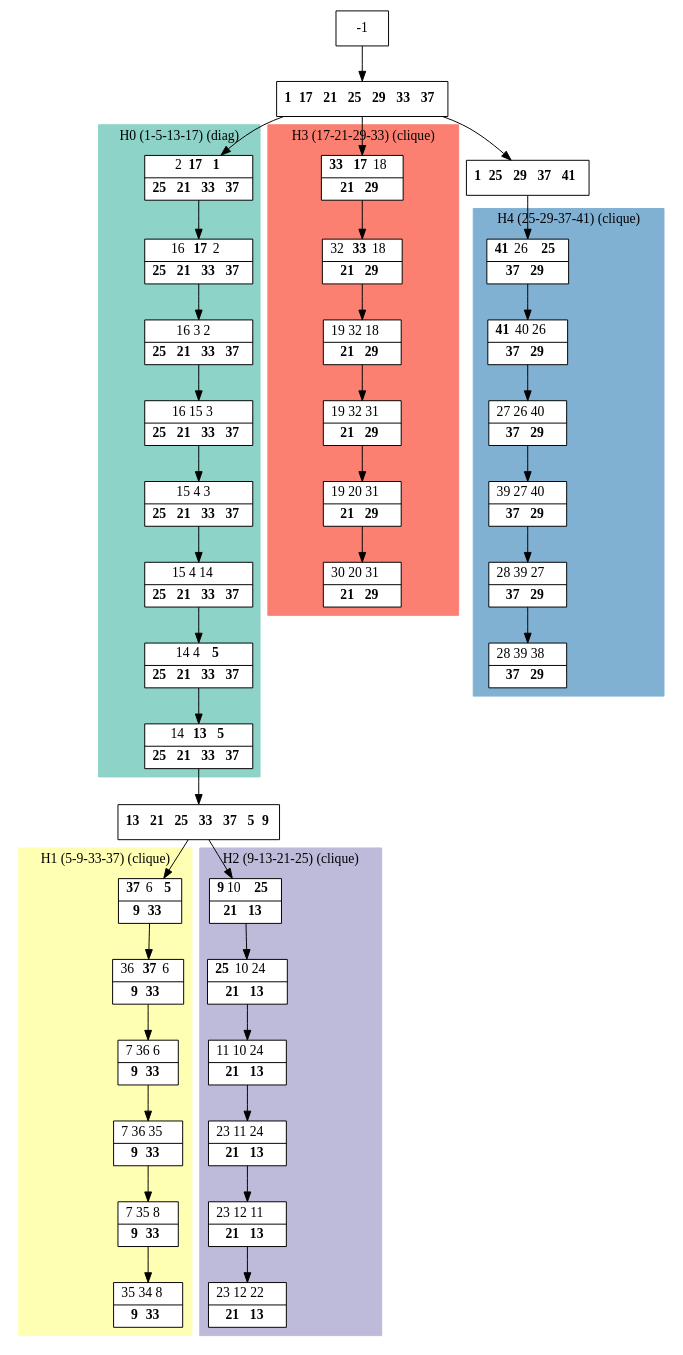
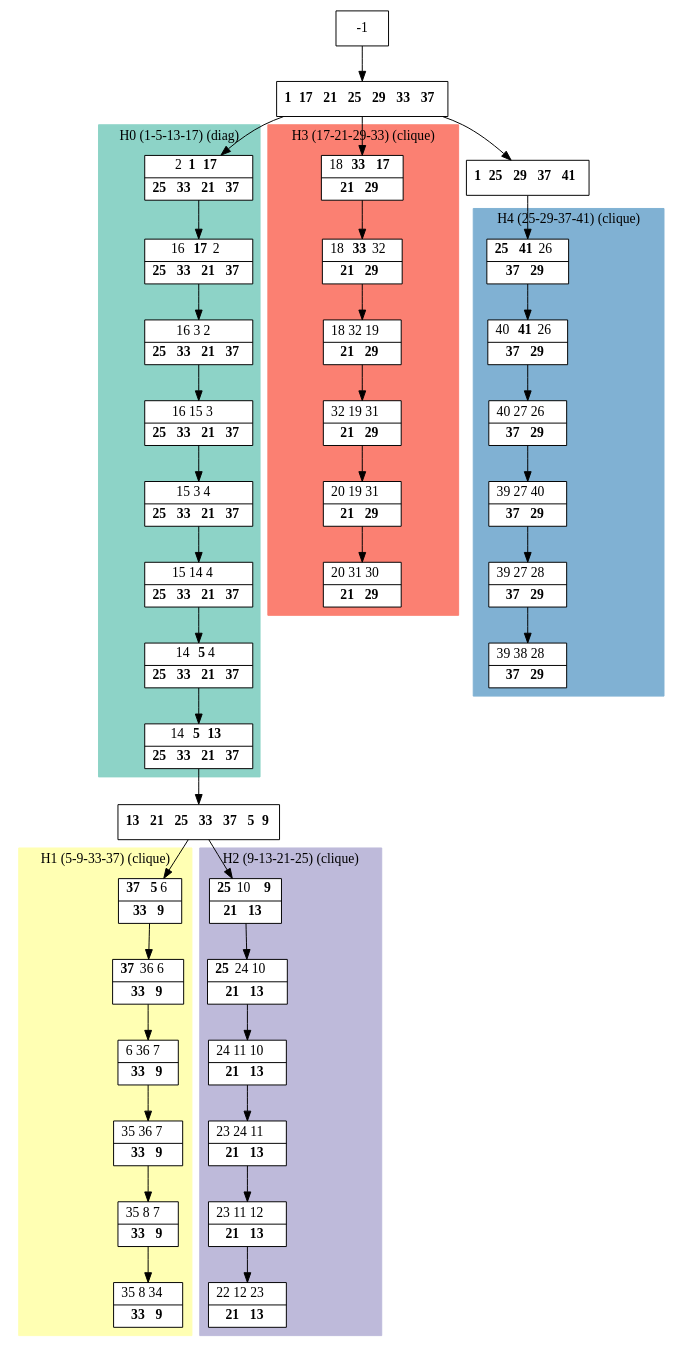
One commit to bmarchand/auto-dp changed the diagram in results/dot_files/processed_C5.dot. Above: the diagram before and after it, drawn with Graphviz. The commit also changed 112 other files, not shown here.

```diff
--- a/results/dot_files/processed_C5.dot
+++ b/results/dot_files/processed_C5.dot
@@ -1,86 +1,86 @@
 digraph G {
     node [shape=box];
     subgraph cluster0 {
         node [style=filled,fillcolor=white];
         labeljust="l";
         style=filled;
         color="#8DD3C7";
         H0_0 -> H0_1 -> H0_2 -> H0_3 -> H0_4 -> H0_5 -> H0_6 -> H0_7;
         label="H0 (1-5-13-17) (diag)";
     }
     subgraph cluster1 {
         node [style=filled,fillcolor=white];
         labeljust="l";
         style=filled;
         color="#FFFFB3";
         H1_0 -> H1_1 -> H1_2 -> H1_3 -> H1_4 -> H1_5;
         label="H1 (5-9-33-37) (clique)";
     }
     subgraph cluster2 {
         node [style=filled,fillcolor=white];
         labeljust="l";
         style=filled;
         color="#BEBADA";
         H2_0 -> H2_1 -> H2_2 -> H2_3 -> H2_4 -> H2_5;
         label="H2 (9-13-21-25) (clique)";
     }
     subgraph cluster3 {
         node [style=filled,fillcolor=white];
         labeljust="l";
         style=filled;
         color="#FB8072";
         H3_0 -> H3_1 -> H3_2 -> H3_3 -> H3_4 -> H3_5;
         label="H3 (17-21-29-33) (clique)";
     }
     subgraph cluster4 {
         node [style=filled,fillcolor=white];
         labeljust="l";
         style=filled;
         color="#80B1D3";
         H4_0 -> H4_1 -> H4_2 -> H4_3 -> H4_4 -> H4_5;
         label="H4 (25-29-37-41) (clique)";
     }
      1 [shape=record,label= <{ <b>1</b> <b>17</b> <b>21</b> <b>25</b> <b>29</b> <b>33</b> <b>37</b>}> ];
      -1  ->  1;
-     H0_0 [shape=record,label= <{ 2 <b>17</b> <b>1</b>|  <b>25</b> <b>21</b> <b>33</b> <b>37</b>}> ];
+     H0_0 [shape=record,label= <{ 2 <b>1</b> <b>17</b>|  <b>25</b> <b>33</b> <b>21</b> <b>37</b>}> ];
      1  ->  H0_0;
-     H0_1 [shape=record,label= <{ 16 <b>17</b> 2|  <b>25</b> <b>21</b> <b>33</b> <b>37</b>}> ];
-     H0_2 [shape=record,label= <{ 16 3 2|  <b>25</b> <b>21</b> <b>33</b> <b>37</b>}> ];
-     H0_3 [shape=record,label= <{ 16 15 3|  <b>25</b> <b>21</b> <b>33</b> <b>37</b>}> ];
-     H0_4 [shape=record,label= <{ 15 4 3|  <b>25</b> <b>21</b> <b>33</b> <b>37</b>}> ];
-     H0_5 [shape=record,label= <{ 15 4 14|  <b>25</b> <b>21</b> <b>33</b> <b>37</b>}> ];
-     H0_6 [shape=record,label= <{ 14 4 <b>5</b>|  <b>25</b> <b>21</b> <b>33</b> <b>37</b>}> ];
-     H0_7 [shape=record,label= <{ 14 <b>13</b> <b>5</b>|  <b>25</b> <b>21</b> <b>33</b> <b>37</b>}> ];
+     H0_1 [shape=record,label= <{ 16 <b>17</b> 2|  <b>25</b> <b>33</b> <b>21</b> <b>37</b>}> ];
+     H0_2 [shape=record,label= <{ 16 3 2|  <b>25</b> <b>33</b> <b>21</b> <b>37</b>}> ];
+     H0_3 [shape=record,label= <{ 16 15 3|  <b>25</b> <b>33</b> <b>21</b> <b>37</b>}> ];
+     H0_4 [shape=record,label= <{ 15 3 4|  <b>25</b> <b>33</b> <b>21</b> <b>37</b>}> ];
+     H0_5 [shape=record,label= <{ 15 14 4|  <b>25</b> <b>33</b> <b>21</b> <b>37</b>}> ];
+     H0_6 [shape=record,label= <{ 14 <b>5</b> 4|  <b>25</b> <b>33</b> <b>21</b> <b>37</b>}> ];
+     H0_7 [shape=record,label= <{ 14 <b>5</b> <b>13</b>|  <b>25</b> <b>33</b> <b>21</b> <b>37</b>}> ];
      6 [shape=record,label= <{ <b>13</b> <b>21</b> <b>25</b> <b>33</b> <b>37</b> <b>5</b> <b>9</b>}> ];
      H0_7  ->  6;
-     H1_0 [shape=record,label= <{ <b>37</b> 6 <b>5</b>|  <b>9</b> <b>33</b>}> ];
+     H1_0 [shape=record,label= <{ <b>37</b> <b>5</b> 6|  <b>33</b> <b>9</b>}> ];
      6  ->  H1_0;
-     H1_1 [shape=record,label= <{ 36 <b>37</b> 6|  <b>9</b> <b>33</b>}> ];
-     H1_2 [shape=record,label= <{ 7 36 6|  <b>9</b> <b>33</b>}> ];
-     H1_3 [shape=record,label= <{ 7 36 35|  <b>9</b> <b>33</b>}> ];
-     H1_4 [shape=record,label= <{ 7 35 8|  <b>9</b> <b>33</b>}> ];
-     H1_5 [shape=record,label= <{ 35 34 8|  <b>9</b> <b>33</b>}> ];
-     H2_0 [shape=record,label= <{ <b>9</b> 10 <b>25</b>|  <b>21</b> <b>13</b>}> ];
+     H1_1 [shape=record,label= <{ <b>37</b> 36 6|  <b>33</b> <b>9</b>}> ];
+     H1_2 [shape=record,label= <{ 6 36 7|  <b>33</b> <b>9</b>}> ];
+     H1_3 [shape=record,label= <{ 35 36 7|  <b>33</b> <b>9</b>}> ];
+     H1_4 [shape=record,label= <{ 35 8 7|  <b>33</b> <b>9</b>}> ];
+     H1_5 [shape=record,label= <{ 35 8 34|  <b>33</b> <b>9</b>}> ];
+     H2_0 [shape=record,label= <{ <b>25</b> 10 <b>9</b>|  <b>21</b> <b>13</b>}> ];
      6  ->  H2_0;
-     H2_1 [shape=record,label= <{ <b>25</b> 10 24|  <b>21</b> <b>13</b>}> ];
-     H2_2 [shape=record,label= <{ 11 10 24|  <b>21</b> <b>13</b>}> ];
-     H2_3 [shape=record,label= <{ 23 11 24|  <b>21</b> <b>13</b>}> ];
-     H2_4 [shape=record,label= <{ 23 12 11|  <b>21</b> <b>13</b>}> ];
-     H2_5 [shape=record,label= <{ 23 12 22|  <b>21</b> <b>13</b>}> ];
-     H3_0 [shape=record,label= <{ <b>33</b> <b>17</b> 18|  <b>21</b> <b>29</b>}> ];
+     H2_1 [shape=record,label= <{ <b>25</b> 24 10|  <b>21</b> <b>13</b>}> ];
+     H2_2 [shape=record,label= <{ 24 11 10|  <b>21</b> <b>13</b>}> ];
+     H2_3 [shape=record,label= <{ 23 24 11|  <b>21</b> <b>13</b>}> ];
+     H2_4 [shape=record,label= <{ 23 11 12|  <b>21</b> <b>13</b>}> ];
+     H2_5 [shape=record,label= <{ 22 12 23|  <b>21</b> <b>13</b>}> ];
+     H3_0 [shape=record,label= <{ 18 <b>33</b> <b>17</b>|  <b>21</b> <b>29</b>}> ];
      1  ->  H3_0;
-     H3_1 [shape=record,label= <{ 32 <b>33</b> 18|  <b>21</b> <b>29</b>}> ];
-     H3_2 [shape=record,label= <{ 19 32 18|  <b>21</b> <b>29</b>}> ];
-     H3_3 [shape=record,label= <{ 19 32 31|  <b>21</b> <b>29</b>}> ];
-     H3_4 [shape=record,label= <{ 19 20 31|  <b>21</b> <b>29</b>}> ];
-     H3_5 [shape=record,label= <{ 30 20 31|  <b>21</b> <b>29</b>}> ];
+     H3_1 [shape=record,label= <{ 18 <b>33</b> 32|  <b>21</b> <b>29</b>}> ];
+     H3_2 [shape=record,label= <{ 18 32 19|  <b>21</b> <b>29</b>}> ];
+     H3_3 [shape=record,label= <{ 32 19 31|  <b>21</b> <b>29</b>}> ];
+     H3_4 [shape=record,label= <{ 20 19 31|  <b>21</b> <b>29</b>}> ];
+     H3_5 [shape=record,label= <{ 20 31 30|  <b>21</b> <b>29</b>}> ];
      31 [shape=record,label= <{ <b>1</b> <b>25</b> <b>29</b> <b>37</b> <b>41</b>}> ];
      1  ->  31;
-     H4_0 [shape=record,label= <{ <b>41</b> 26 <b>25</b>|  <b>37</b> <b>29</b>}> ];
+     H4_0 [shape=record,label= <{ <b>25</b> <b>41</b> 26|  <b>37</b> <b>29</b>}> ];
      31  ->  H4_0;
-     H4_1 [shape=record,label= <{ <b>41</b> 40 26|  <b>37</b> <b>29</b>}> ];
-     H4_2 [shape=record,label= <{ 27 26 40|  <b>37</b> <b>29</b>}> ];
+     H4_1 [shape=record,label= <{ 40 <b>41</b> 26|  <b>37</b> <b>29</b>}> ];
+     H4_2 [shape=record,label= <{ 40 27 26|  <b>37</b> <b>29</b>}> ];
      H4_3 [shape=record,label= <{ 39 27 40|  <b>37</b> <b>29</b>}> ];
-     H4_4 [shape=record,label= <{ 28 39 27|  <b>37</b> <b>29</b>}> ];
-     H4_5 [shape=record,label= <{ 28 39 38|  <b>37</b> <b>29</b>}> ];
+     H4_4 [shape=record,label= <{ 39 27 28|  <b>37</b> <b>29</b>}> ];
+     H4_5 [shape=record,label= <{ 39 38 28|  <b>37</b> <b>29</b>}> ];
 }
```
